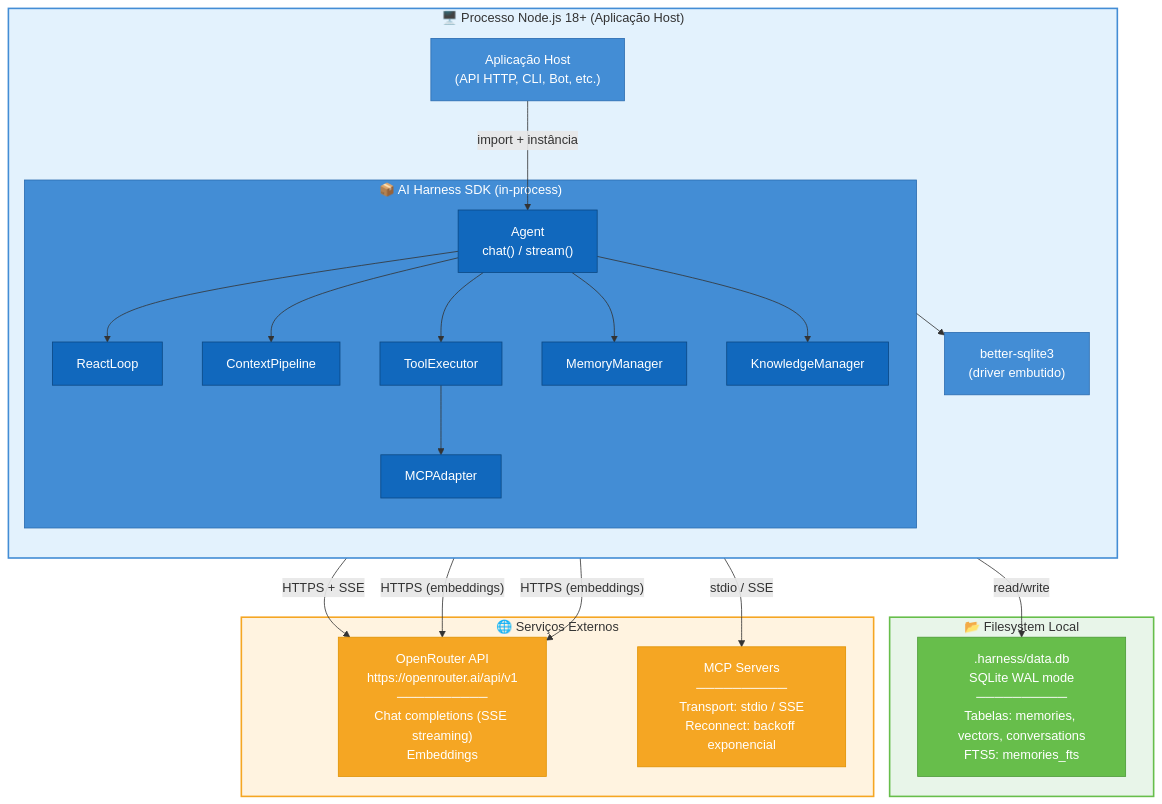
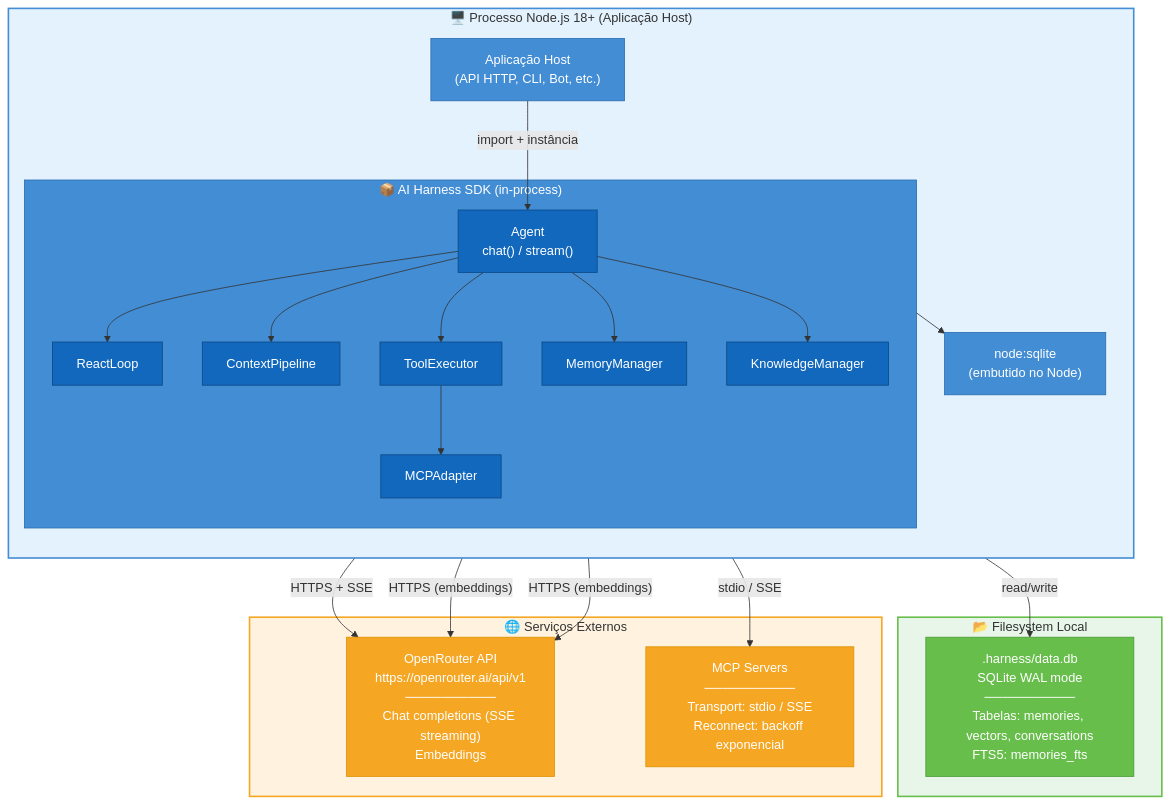
Before and after one commit to DouglasPrado/oinko: the diagram in docs/diagrams/deployment/production.mmd, drawn with Mermaid. The commit also changed 29 other files, not shown here.

```diff
--- a/docs/diagrams/deployment/production.mmd
+++ b/docs/diagrams/deployment/production.mmd
@@ -1,68 +1,68 @@
 %% Deployment Diagram — AI Harness SDK
 %% O AI Harness SDK é uma biblioteca in-process, não um serviço independente.
 %% Este diagrama mostra como ele se integra ao ambiente de execução.
 %% Referência: docs/blueprint/06-system-architecture.md
 
 graph TB
 
     subgraph HostProcess["🖥️ Processo Node.js 18+ (Aplicação Host)"]
         direction TB
 
         App["Aplicação Host<br/>(API HTTP, CLI, Bot, etc.)"]
 
         subgraph PureAgent["📦 AI Harness SDK (in-process)"]
             Agent["Agent<br/>chat() / stream()"]
             ReactLoop["ReactLoop"]
             ToolExec["ToolExecutor"]
             MemMgr["MemoryManager"]
             KnowMgr["KnowledgeManager"]
             MCPAdapt["MCPAdapter"]
             CtxPipeline["ContextPipeline"]
         end
 
-        SQLiteConn["better-sqlite3<br/>(driver embutido)"]
+        SQLiteConn["node:sqlite<br/>(embutido no Node)"]
     end
 
     subgraph LocalFS["📂 Filesystem Local"]
         DBFile[".harness/data.db<br/>SQLite WAL mode<br/>──────────<br/>Tabelas: memories, vectors, conversations<br/>FTS5: memories_fts"]
     end
 
     subgraph External["🌐 Serviços Externos"]
         OpenRouter["OpenRouter API<br/>https://openrouter.ai/api/v1<br/>──────────<br/>Chat completions (SSE streaming)<br/>Embeddings"]
         MCPServers["MCP Servers<br/>──────────<br/>Transport: stdio / SSE<br/>Reconnect: backoff exponencial"]
     end
 
     %% Conexões internas
     App -->|"import + instância"| Agent
     Agent --> ReactLoop
     Agent --> CtxPipeline
     Agent --> ToolExec
     Agent --> MemMgr
     Agent --> KnowMgr
     ToolExec --> MCPAdapt
     PureAgent --> SQLiteConn
     SQLiteConn -->|"read/write"| DBFile
 
     %% Conexões externas
     ReactLoop -->|"HTTPS + SSE"| OpenRouter
     KnowMgr -->|"HTTPS (embeddings)"| OpenRouter
     MemMgr -->|"HTTPS (embeddings)"| OpenRouter
     MCPAdapt -->|"stdio / SSE"| MCPServers
 
     %% Estilos
     style HostProcess fill:#E3F2FD,stroke:#438DD5,stroke-width:2px,color:#333
     style PureAgent fill:#438DD5,stroke:#2B6CB0,color:#fff
     style Agent fill:#1168bd,stroke:#0b4884,color:#fff
     style ReactLoop fill:#1168bd,stroke:#0b4884,color:#fff
     style ToolExec fill:#1168bd,stroke:#0b4884,color:#fff
     style MemMgr fill:#1168bd,stroke:#0b4884,color:#fff
     style KnowMgr fill:#1168bd,stroke:#0b4884,color:#fff
     style MCPAdapt fill:#1168bd,stroke:#0b4884,color:#fff
     style CtxPipeline fill:#1168bd,stroke:#0b4884,color:#fff
     style App fill:#438DD5,stroke:#2B6CB0,color:#fff
     style SQLiteConn fill:#438DD5,stroke:#2B6CB0,color:#fff
     style LocalFS fill:#E8F5E9,stroke:#67BE4B,stroke-width:2px,color:#333
     style DBFile fill:#67BE4B,stroke:#4A9A35,color:#fff
     style External fill:#FFF3E0,stroke:#F5A623,stroke-width:2px,color:#333
     style OpenRouter fill:#F5A623,stroke:#E09100,color:#fff
     style MCPServers fill:#F5A623,stroke:#E09100,color:#fff
```
